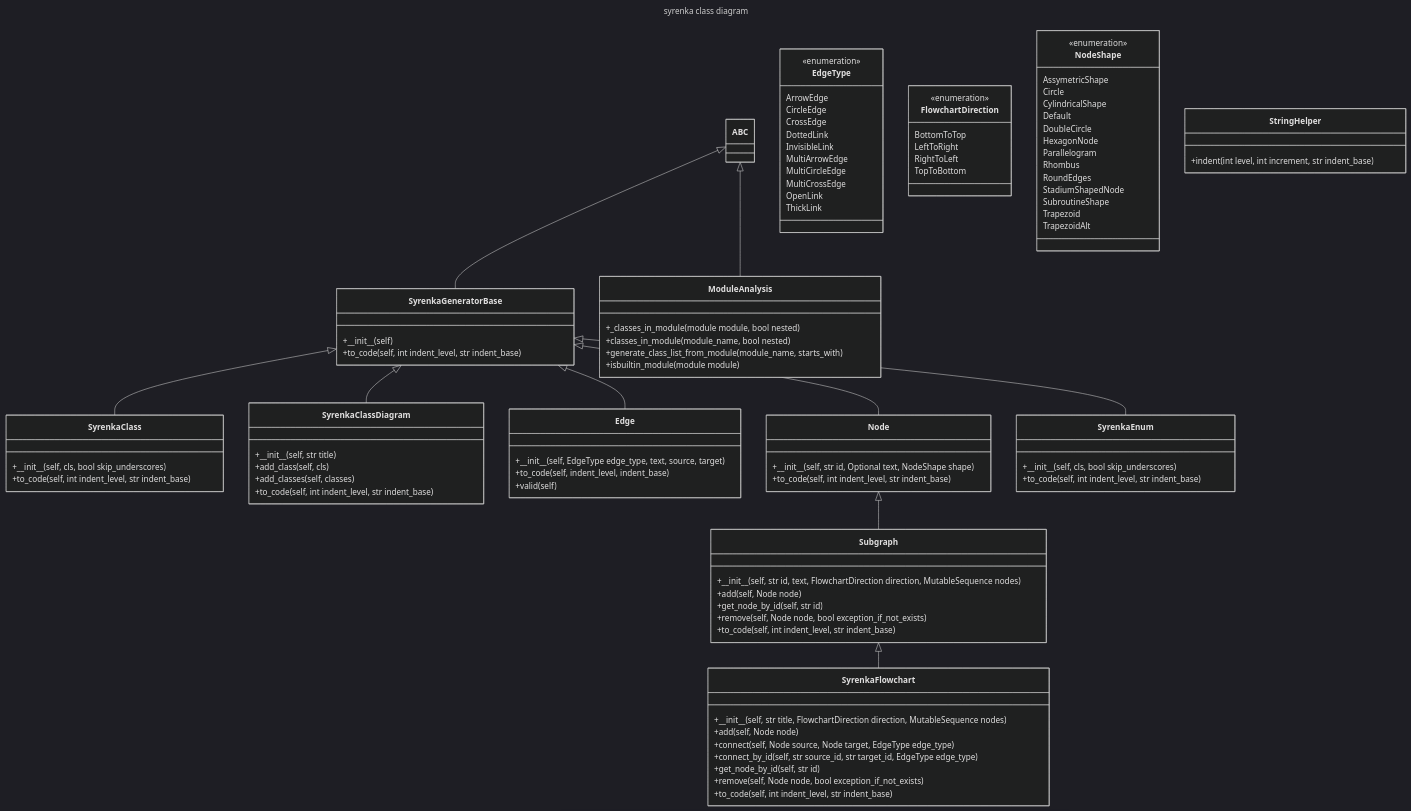
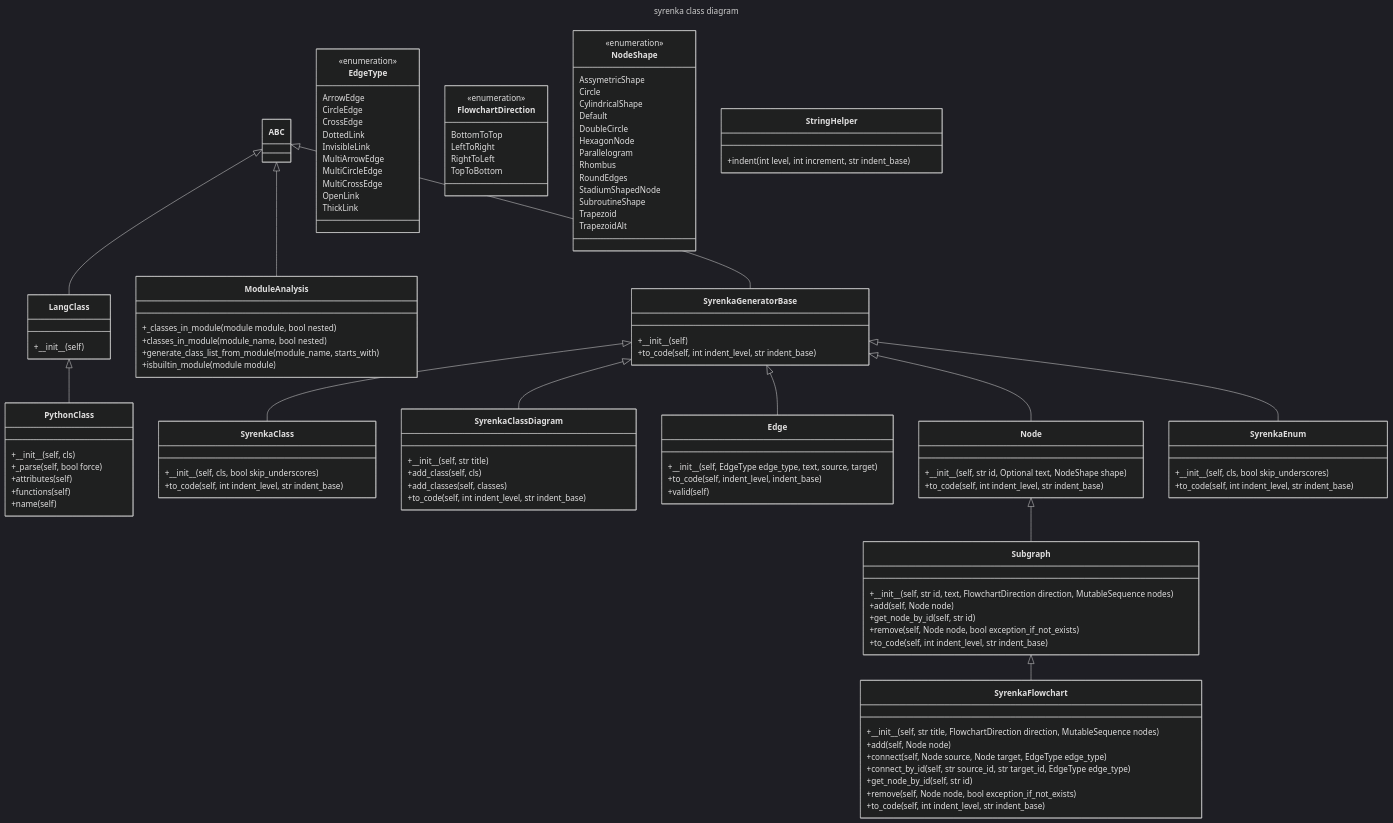
One commit to bartlomiejcieszkowski/syrenka changed the diagram in README.md. Above: the diagram before and after it, drawn with Mermaid (dark theme). The commit also changed other lines of this file and 4 other files, not shown here.

First line of the commit message:
syrenka.lang: abstracting python specific functionality

```diff
--- a/README.md
+++ b/README.md
@@ -41,6 +41,10 @@
         +to_code(self, int indent_level, str indent_base)
     }
     Subgraph <|-- SyrenkaFlowchart
+    class LangClass{
+        +\_\_init\_\_(self)
+    }
+    ABC <|-- LangClass
     class ModuleAnalysis{
         +_classes_in_module(module module, bool nested)
         +classes_in_module(module_name, bool nested)
@@ -48,6 +52,14 @@
         +isbuiltin_module(module module)
     }
     ABC <|-- ModuleAnalysis
+    class PythonClass{
+        +\_\_init\_\_(self, cls)
+        +_parse(self, bool force)
+        +attributes(self)
+        +functions(self)
+        +name(self)
+    }
+    LangClass <|-- PythonClass
     class Edge{
         +\_\_init\_\_(self, EdgeType edge_type, text, source, target)
         +to_code(self, indent_level, indent_base)
```
